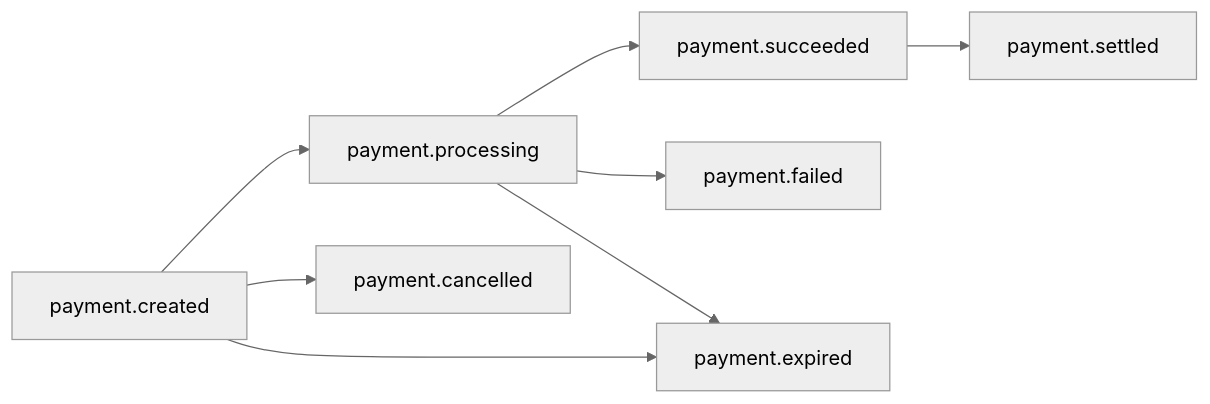
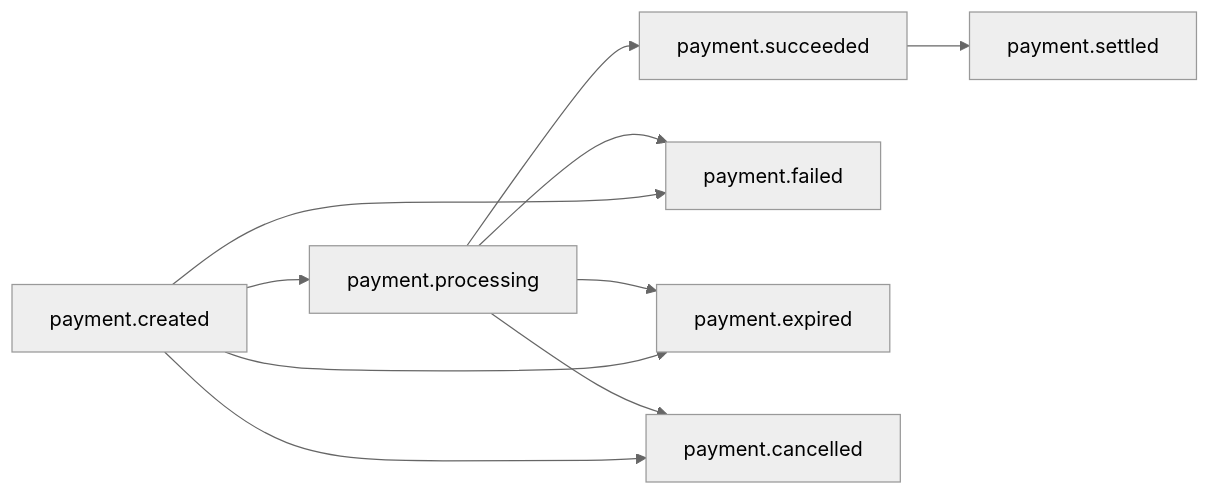
One commit to WalletConnect/docs changed the diagram in payments/webhooks.mdx. Above: the diagram before and after it, drawn with Mermaid (neutral theme). The commit also changed other lines of this file and 1 other file, not shown here.

````diff
--- a/payments/webhooks.mdx
+++ b/payments/webhooks.mdx
@@ -31,9 +31,11 @@
 ```mermaid actions={false}
 flowchart LR
     C["payment.created"] --> P["payment.processing"]
     P --> S["payment.succeeded"] --> T["payment.settled"]
     P --> F["payment.failed"]
     P --> E["payment.expired"]
+    P --> X["payment.cancelled"]
+    C --> F
     C --> E
-    C --> X["payment.cancelled"]
+    C --> X
 ```
````
